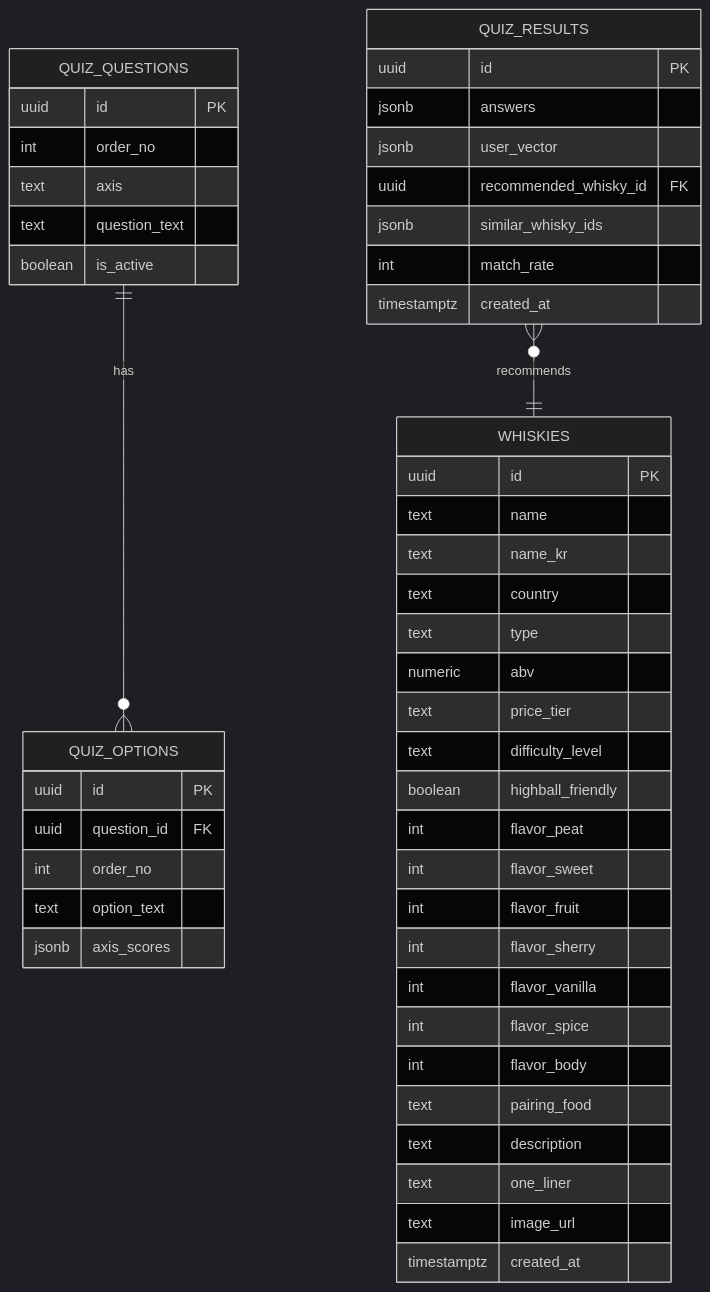
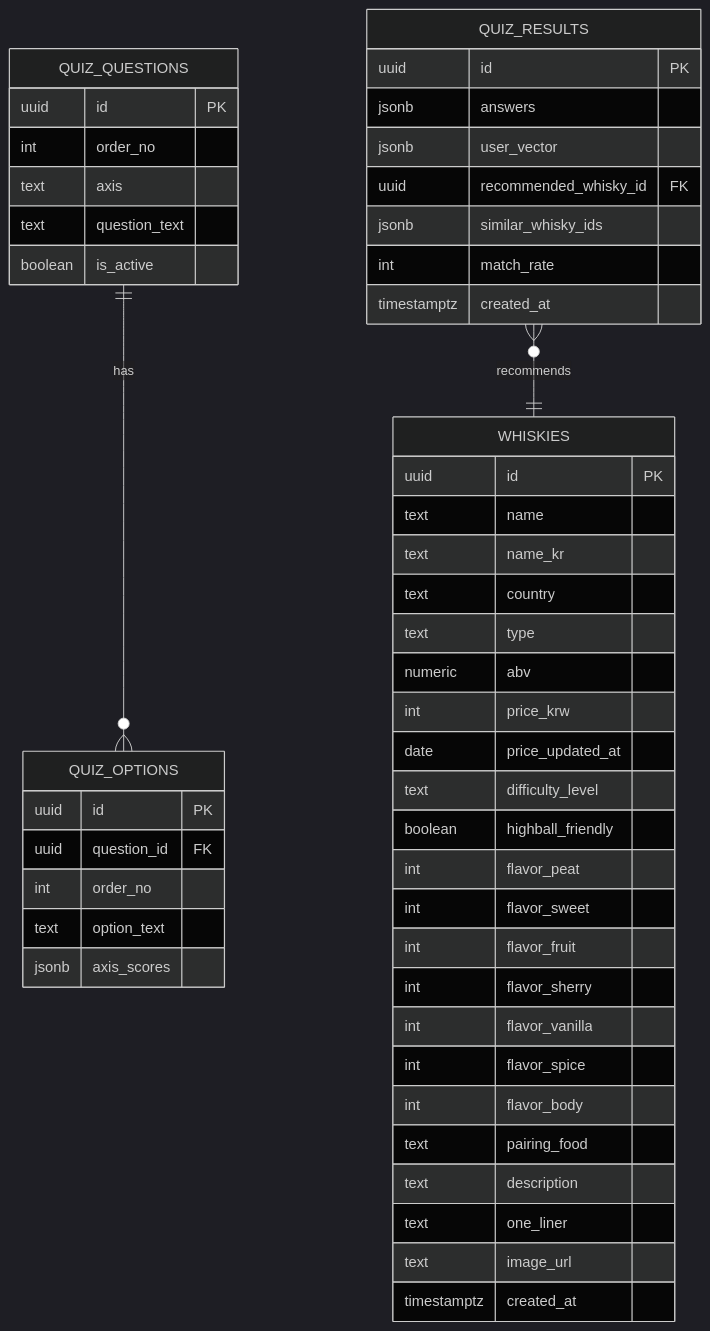
One commit to JOAYA28/my-whiskey changed the second of 2 diagrams in docs/PRD.md. Above: the diagram before and after it, drawn with Mermaid (dark theme). The commit also changed other lines of this file and 5 other files, not shown here.

````diff
--- a/docs/PRD.md
+++ b/docs/PRD.md
@@ -357,51 +379,52 @@
 ```mermaid
 erDiagram
     WHISKIES {
         uuid id PK
         text name
         text name_kr
         text country
         text type
         numeric abv
-        text price_tier
+        int price_krw
+        date price_updated_at
         text difficulty_level
         boolean highball_friendly
         int flavor_peat
         int flavor_sweet
         int flavor_fruit
         int flavor_sherry
         int flavor_vanilla
         int flavor_spice
         int flavor_body
         text pairing_food
         text description
         text one_liner
         text image_url
         timestamptz created_at
     }
     QUIZ_QUESTIONS {
         uuid id PK
         int order_no
         text axis
         text question_text
         boolean is_active
     }
     QUIZ_OPTIONS {
         uuid id PK
         uuid question_id FK
         int order_no
         text option_text
         jsonb axis_scores
     }
     QUIZ_RESULTS {
         uuid id PK
         jsonb answers
         jsonb user_vector
         uuid recommended_whisky_id FK
         jsonb similar_whisky_ids
         int match_rate
         timestamptz created_at
     }
     QUIZ_QUESTIONS ||--o{ QUIZ_OPTIONS : "has"
     QUIZ_RESULTS }o--|| WHISKIES : "recommends"
 ```
````
